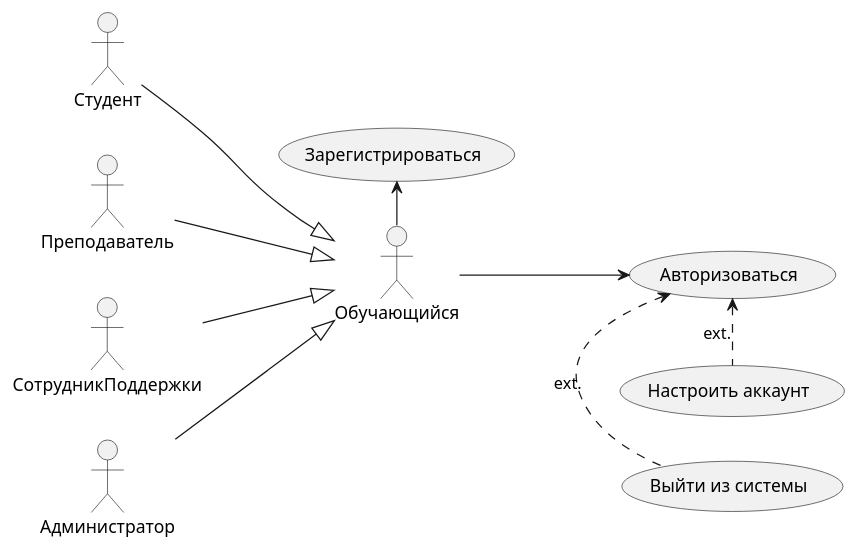
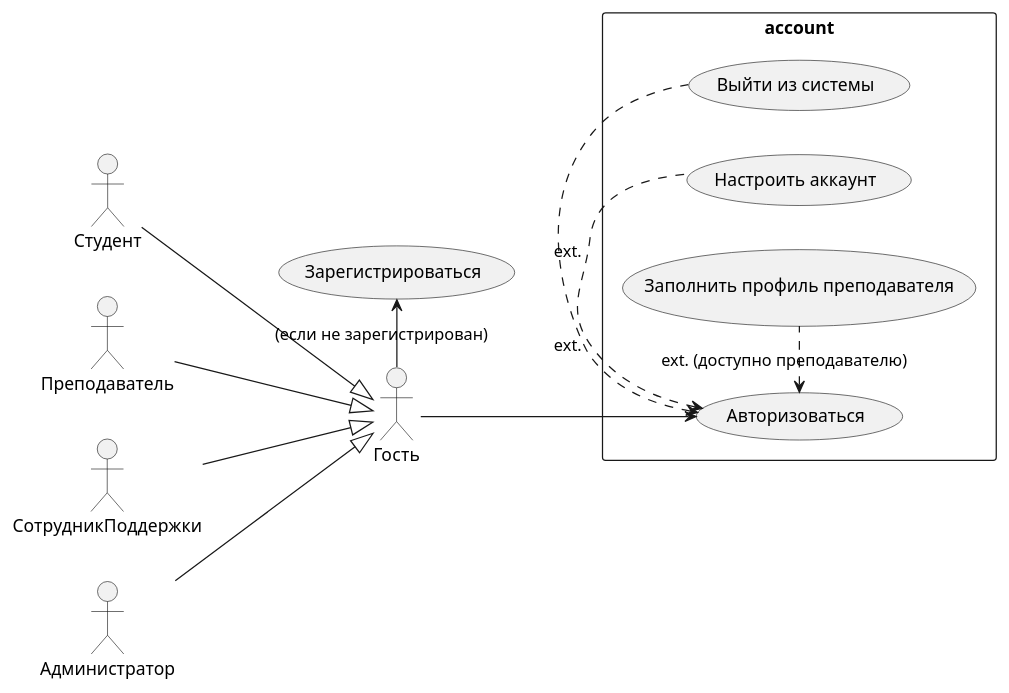
Before and after one commit to karpoftea/mts-kata-2023: the first of 4 diagrams in docs/requirements/requirements.md, drawn with PlantUML. The commit also changed other lines of this file, not shown here.

````diff
--- a/docs/requirements/requirements.md
+++ b/docs/requirements/requirements.md
@@ -68,33 +69,33 @@
 ```plantuml
 @startuml
 
 left to right direction
 
 actor "Гость" as guest
-
 actor "Студент" as student
 actor "Преподаватель" as teacher
 actor "СотрудникПоддержки" as support
 actor "Администратор" as admin
-
-actor "Обучающийся" as guest
 
 student --|> guest
 teacher --|> guest
 support --|> guest
 admin --|> guest
 
-actor "Обучающийся" as guest
+usecase "Зарегистрироваться" as UC11
 
-usecase "Зарегистрироваться" as UC11
-usecase "Авторизоваться" as UC12
-usecase "Выйти из системы" as UC13
-usecase "Настроить аккаунт" as UC14
+rectangle account {
+  usecase "Авторизоваться" as UC12
+  usecase "Выйти из системы" as UC13
+  usecase "Настроить аккаунт" as UC14
+  usecase "Заполнить профиль преподавателя" as UC15
+}
 
-guest -left-> UC11
+guest -left-> UC11 : (если не зарегистрирован)
 guest --> UC12
 UC12 <. UC13 : ext.
 UC12 <. UC14 : ext.
+UC12 <. UC15 : ext. (доступно преподавателю)
 
 @enduml
 ```
````
